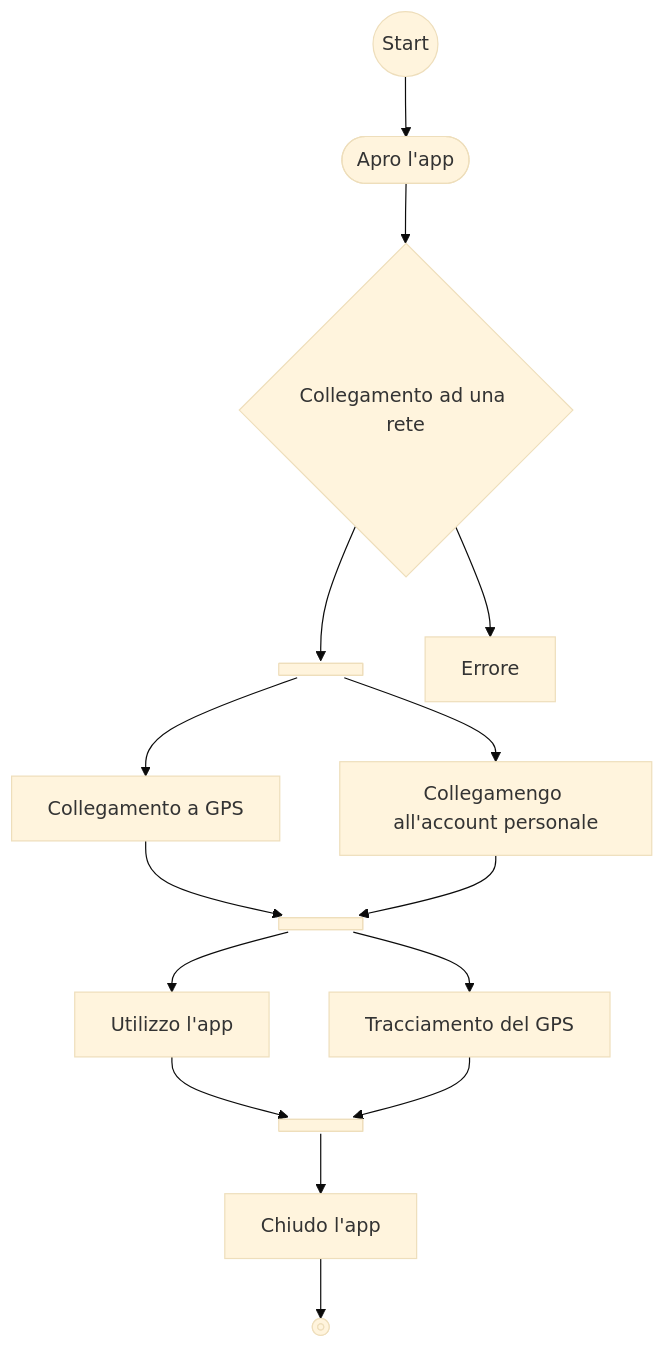
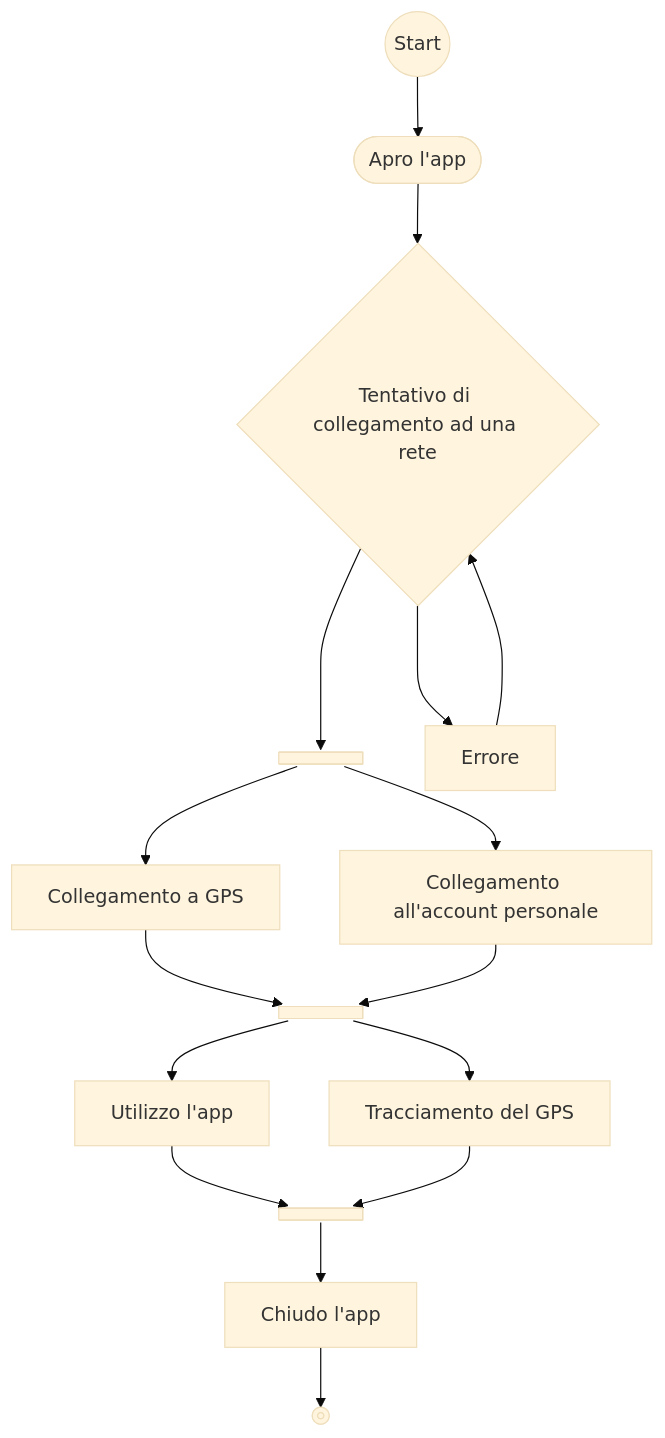
One commit to RemiLunIsora/SdTI changed the first of 4 diagrams in docs/diagrams.md. Above: the diagram before and after it, drawn with Mermaid (base theme). The commit also changed 2 other files, not shown here.

````diff
--- a/docs/diagrams.md
+++ b/docs/diagrams.md
@@ -3,13 +3,15 @@
 ``` mermaid
 graph TD
     circleId(("`Start`")) --> A
-    A(["Apro l'app"]) --> B{"Collegamento ad una rete"}
-    B --> K@{ shape: fork, label: "Fork or Join" } & D["Errore"]
-    K --> C["Collegamento a GPS"] & L[Collegamengo all'account personale]
+    A(["Apro l'app"]) --> B{"Tentativo di collegamento ad una rete"}
+    B ---> K@{ shape: fork, label: "Fork or Join" }
+    B ---> D["Errore"]
+    D --> B
+    K --> C["Collegamento a GPS"] & L[Collegamento all'account personale]
     C & L--> F@{ shape: fork, label: "Fork or Join" }
     F --> E[Utilizzo l'app]
     F --> G[Tracciamento del GPS]
     E & G --> H@{ shape: fork, label: "Fork or Join" }
     H --> J[Chiudo l'app]
     J --> I@{ shape: framed-circle, label: "Stop" }
 ```
````
